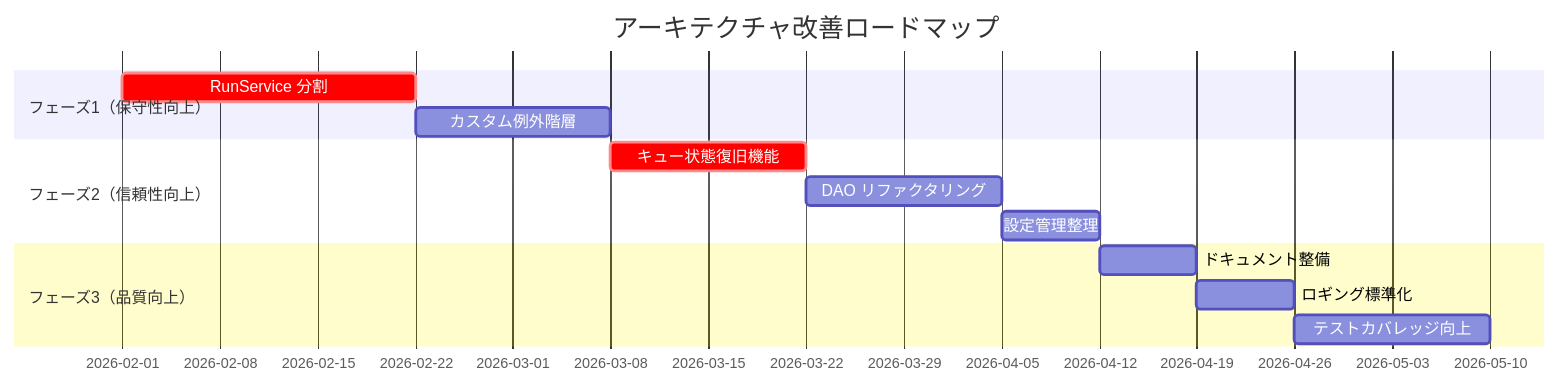
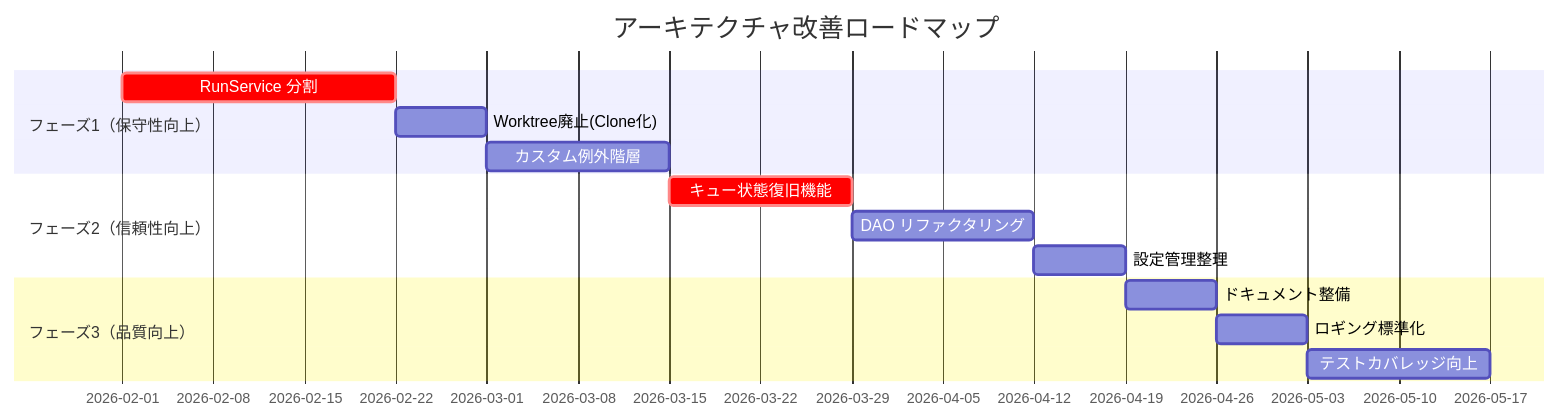
One commit to hampen2929/zloth changed the diagram in docs/architecture-review.md. Above: the diagram before and after it, drawn with Mermaid. The commit also changed other lines of this file, not shown here.

````diff
--- a/docs/architecture-review.md
+++ b/docs/architecture-review.md
@@ -217,16 +241,17 @@
 ```mermaid
 gantt
     title アーキテクチャ改善ロードマップ
     dateFormat YYYY-MM
     section フェーズ1（保守性向上）
     RunService 分割       :crit, p1-1, 2026-02, 3w
-    カスタム例外階層      :p1-2, after p1-1, 2w
+    Worktree廃止(Clone化) :p1-2, after p1-1, 1w
+    カスタム例外階層      :p1-3, after p1-2, 2w
     section フェーズ2（信頼性向上）
-    キュー状態復旧機能    :crit, p2-1, after p1-2, 2w
+    キュー状態復旧機能    :crit, p2-1, after p1-3, 2w
     DAO リファクタリング  :p2-2, after p2-1, 2w
     設定管理整理          :p2-3, after p2-2, 1w
     section フェーズ3（品質向上）
     ドキュメント整備      :p3-1, after p2-3, 1w
     ロギング標準化        :p3-2, after p3-1, 1w
     テストカバレッジ向上  :p3-3, after p3-2, 2w
 ```
````
